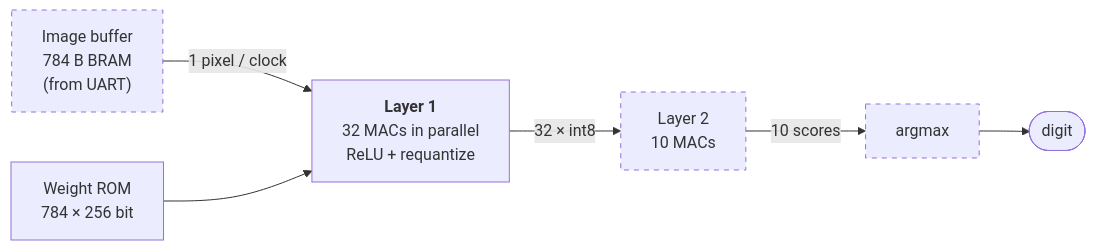
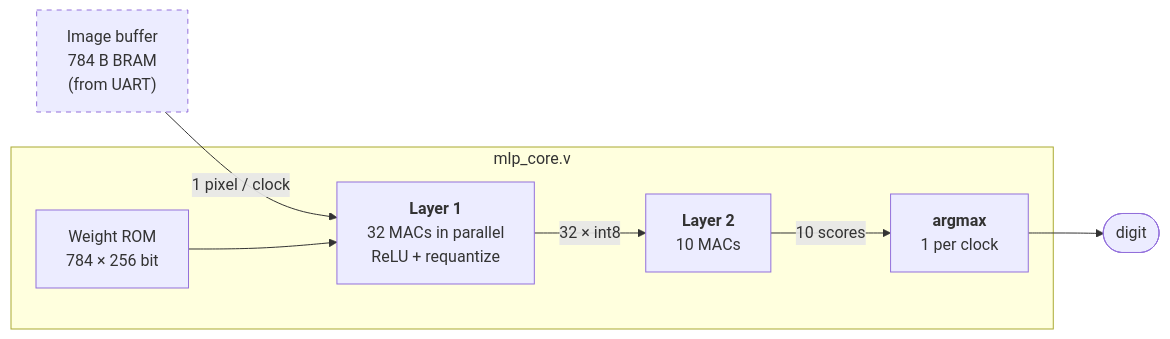
Before and after one commit to itsKannapi/fpga-mlp-accelerator: the diagram in README.md, drawn with Mermaid. The commit also changed other lines of this file and 16 other files, not shown here.

Commit message:
Add layer 2, argmax, mlp_core; full classifier 99/100, bit-exact vs Python

````diff
--- a/README.md
+++ b/README.md
@@ -20,9 +22,15 @@
 ```mermaid
 flowchart LR
     A["Image buffer<br/>784 B BRAM<br/>(from UART)"]:::plan -->|"1 pixel / clock"| B["<b>Layer 1</b><br/>32 MACs in parallel<br/>ReLU + requantize"]
     W["Weight ROM<br/>784 × 256 bit"] --> B
-    B -->|"32 × int8"| C["Layer 2<br/>10 MACs"]:::plan
-    C -->|"10 scores"| D["argmax"]:::plan
+    B -->|"32 × int8"| C["<b>Layer 2</b><br/>10 MACs"]
+    C -->|"10 scores"| D["<b>argmax</b><br/>1 per clock"]
     D --> E(["digit"])
+    subgraph core ["mlp_core.v"]
+        W
+        B
+        C
+        D
+    end
     classDef plan stroke-dasharray: 5 5
 ```
````
